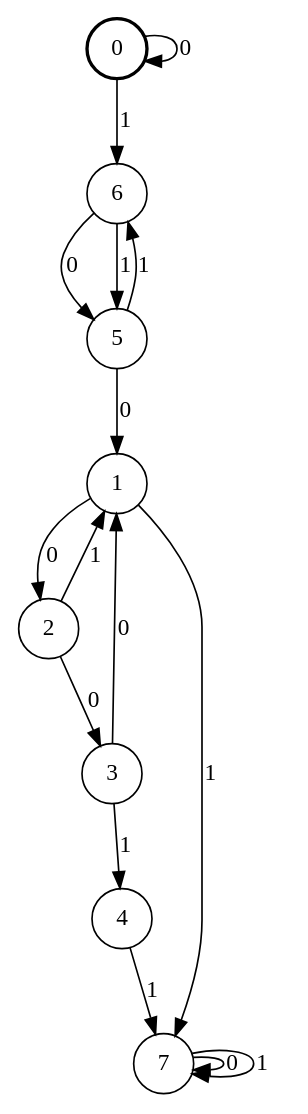
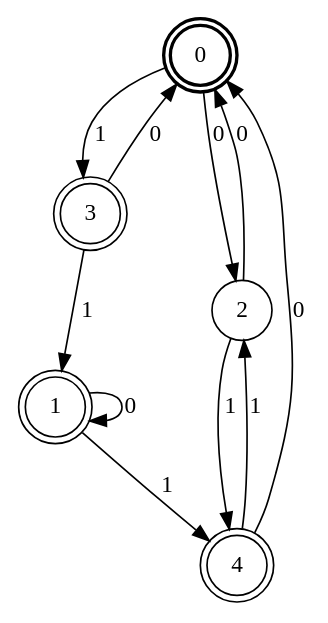
Before and after one commit to ctlab/DFA-Inductor: the diagram in ans.dot, drawn with Graphviz. The commit also changed 13 other files, not shown here.

```diff
--- a/ans.dot
+++ b/ans.dot
@@ -1,19 +1,18 @@
 digraph Automat {
     node [shape = circle];
     0 [style = "bold"];
-    0 -> 0 [label = "0"];
-    0 -> 6 [label = "1"];
-    1 -> 2 [label = "0"];
-    1 -> 7 [label = "1"];
-    2 -> 3 [label = "0"];
-    2 -> 1 [label = "1"];
-    3 -> 1 [label = "0"];
-    3 -> 4 [label = "1"];
-    4 -> 7 [label = "1"];
-    5 -> 1 [label = "0"];
-    5 -> 6 [label = "1"];
-    6 -> 5 [label = "0"];
-    6 -> 5 [label = "1"];
-    7 -> 7 [label = "0"];
-    7 -> 7 [label = "1"];
+    0 [peripheries=2]
+    0 -> 2 [label = "0"];
+    0 -> 3 [label = "1"];
+    1 [peripheries=2]
+    1 -> 1 [label = "0"];
+    1 -> 4 [label = "1"];
+    2 -> 0 [label = "0"];
+    2 -> 4 [label = "1"];
+    3 [peripheries=2]
+    3 -> 0 [label = "0"];
+    3 -> 1 [label = "1"];
+    4 [peripheries=2]
+    4 -> 0 [label = "0"];
+    4 -> 2 [label = "1"];
 }
```
